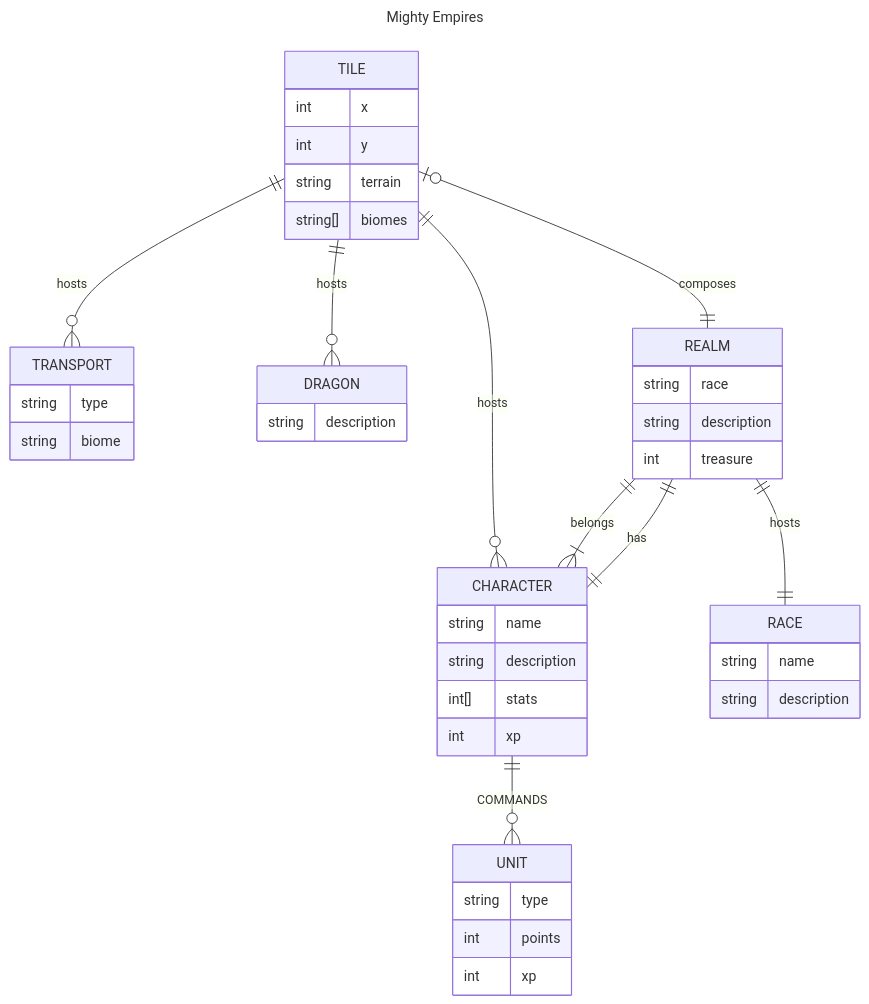
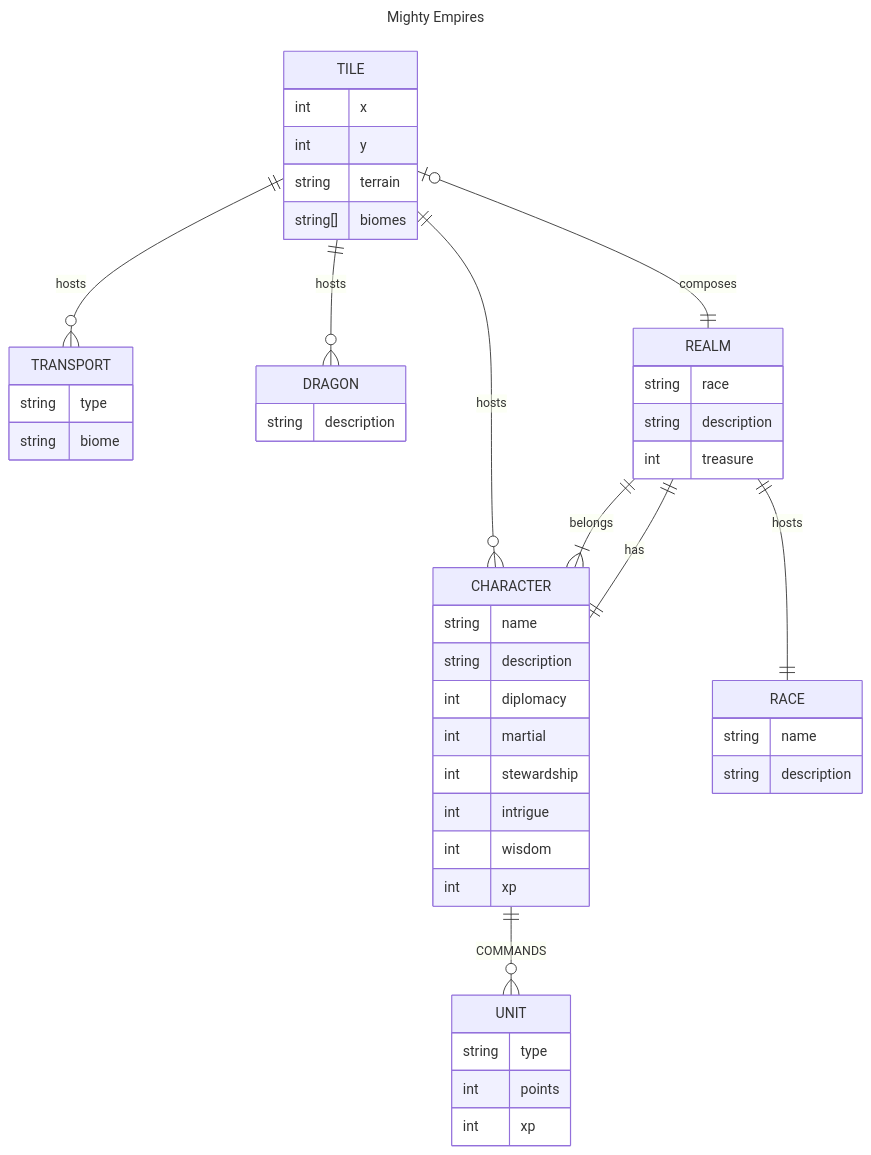
The diagram in README.md (Chris3444/Mighty-Empires), drawn with Mermaid before and after one commit. The commit also changed other lines of this file and 1 other file, not shown here.

Commit message:
readjusted gitignore

````diff
--- a/README.md
+++ b/README.md
@@ -3,65 +7,69 @@
 ```mermaid
 ---
 title: Mighty Empires
 ---
 erDiagram
 
 TILE ||--O{ TRANSPORT : hosts 
 TILE ||--o{ DRAGON : hosts
 TILE |O--|| REALM : composes
 TILE {
     int x
     int y
     string terrain
     string[] biomes
 }
 
 CHARACTER }|--|| REALM: belongs
 CHARACTER }O--|| TILE: hosts
 CHARACTER {
     string name
     string description
-    int[] stats
+    int diplomacy
+    int martial
+    int stewardship
+    int intrigue
+    int wisdom
     int xp
 }
 
 
 
 
 REALM ||--|| CHARACTER : has
 REALM ||--|| RACE: hosts
 REALM {
     string race
     string description
     int treasure
 }
 
 
 TRANSPORT{
     string type
     string biome
 }
 
 CHARACTER ||--o{ UNIT: COMMANDS
 
 UNIT {
     string type
     int points
     int xp
 }
 
 
 
 DRAGON {
     string description
 }
 
 RACE {
     string name
     string description
 }
 
 
 
 
 ```
````
